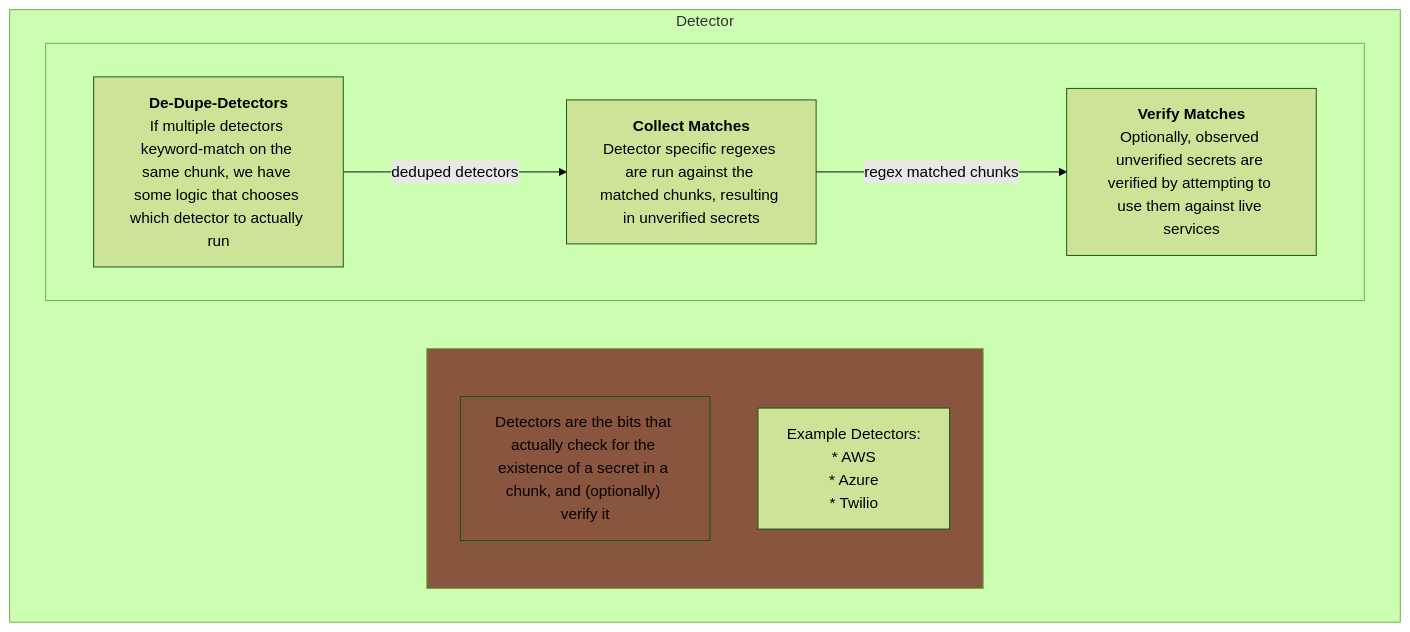
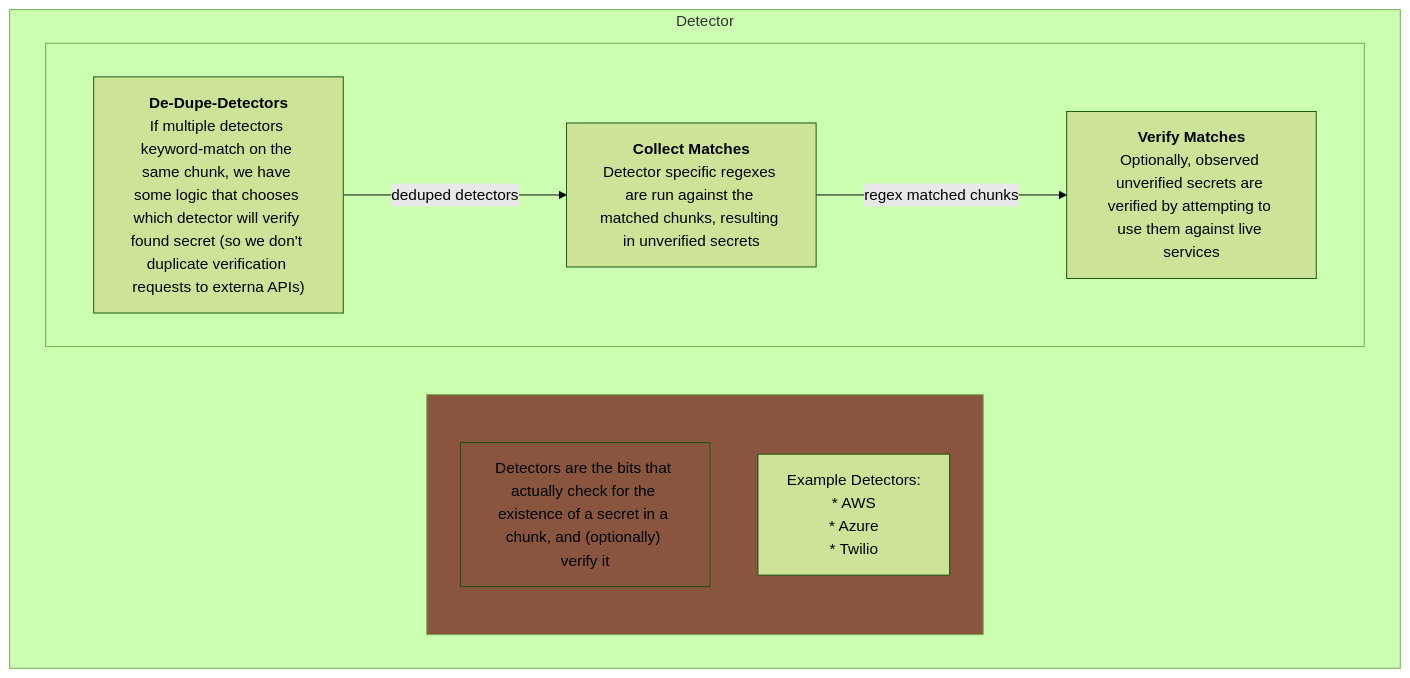
One commit to martinlocklear/trufflehog changed the fourth of 5 diagrams in dataflow.md. Above: the diagram before and after it, drawn with Mermaid (forest theme). The commit also changed other lines of this file and 1 other file, not shown here.

````diff
--- a/dataflow.md
+++ b/dataflow.md
@@ -92,35 +90,35 @@
 ```mermaid
 flowchart LR
 
 subgraph Detector
     direction RL
     subgraph DetectorDescription["  "]
         DetectorDescriptionText["`Detectors are the bits that actually check for the existence of a secret in a chunk, and (optionally) verify it`"]
         ExampleDetectors["`Example Detectors:
                     * AWS
                     * Azure
                     * Twilio`"]
     end
     
     subgraph DetectorResponsibility[" "]
         direction LR
 
         De-Dupe-Detectors["`**De-Dupe-Detectors**
 
-If multiple detectors keyword-match on the same chunk, we have some logic that chooses which detector to actually run`"]
+If multiple detectors keyword-match on the same chunk, we have some logic that chooses which detector will verify found secret (so we don't duplicate verification requests to externa APIs)`"]
 
         CollectMatches["`**Collect Matches**
 
 Detector specific regexes are run against the matched chunks, resulting in unverified secrets`"]
         VerifyMatches["`**Verify Matches**
 
 Optionally, observed unverified secrets are verified by attempting to use them against live services`"]
         
         De-Dupe-Detectors -- deduped detectors --> CollectMatches
         CollectMatches -- regex matched chunks --> VerifyMatches
     end
     
     style DetectorDescription fill:#89553e
     style DetectorDescriptionText fill:#89553e
 end
 ```
````
